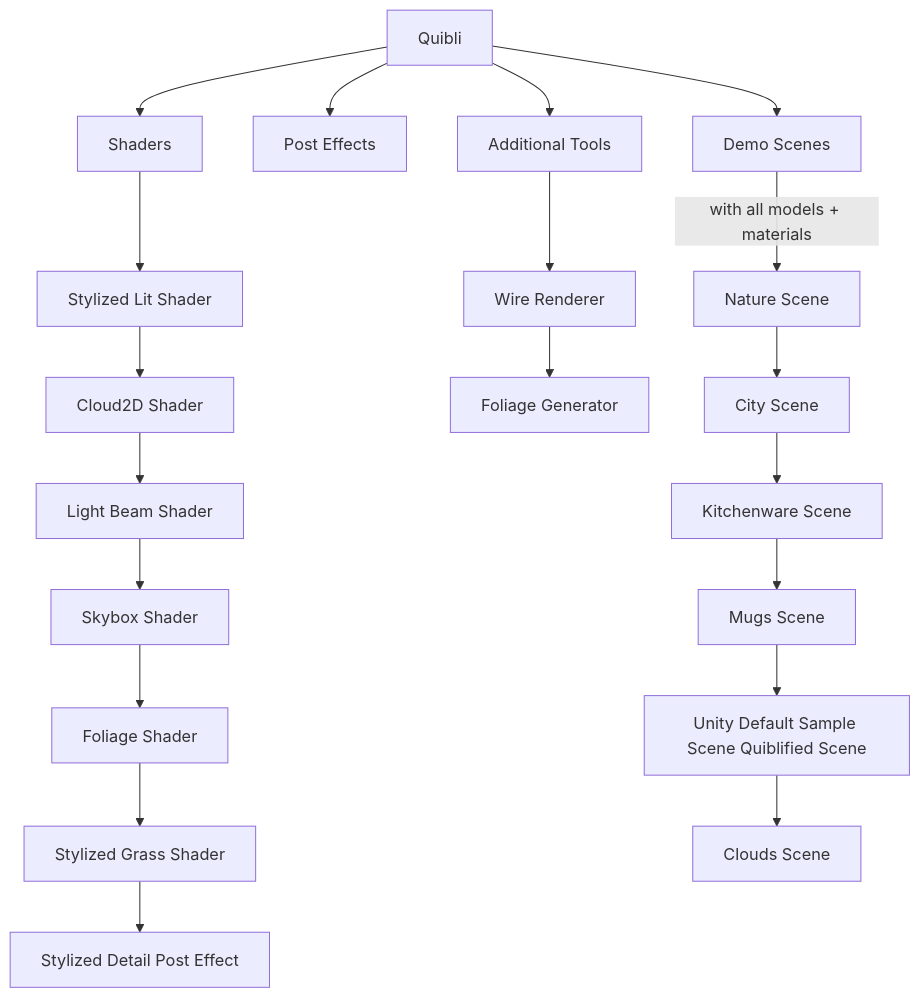
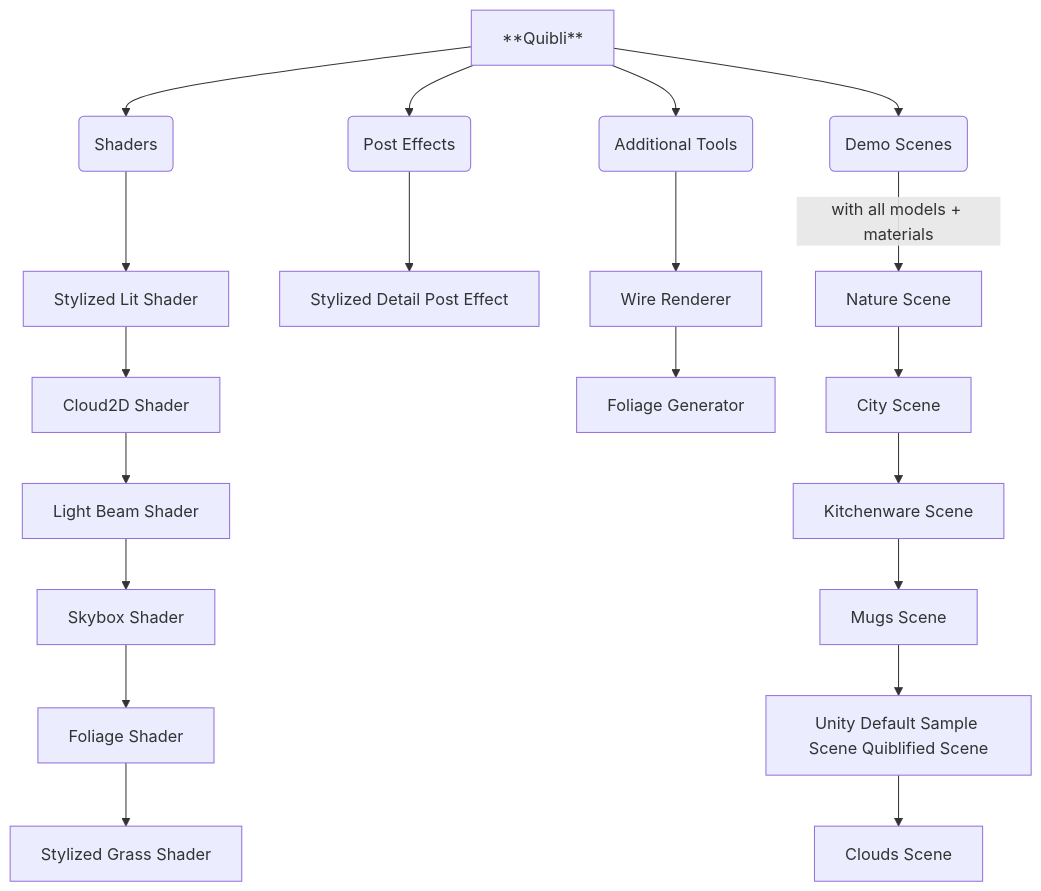
One commit to dustyroom-studio/quibli-doc changed the first of 2 diagrams in _docs/what-is-quibli-a-brief-overview.md. Above: the diagram before and after it, drawn with Mermaid.

```diff
--- a/_docs/what-is-quibli-a-brief-overview.md
+++ b/_docs/what-is-quibli-a-brief-overview.md
@@ -38,24 +38,24 @@
 <div class="mermaid">
 graph TD
-A[Quibli] --> B[Shaders]
-A --> C[Post Effects]
-A --> D[Additional Tools]
-A --> E[Demo Scenes]
+A[**Quibli**] --> B(Shaders)
+A --> C(Post Effects)
+A --> D(Additional Tools)
+A --> E(Demo Scenes)
 B --> G[Stylized Lit Shader]
 G --> H[Cloud2D Shader]
 H --> I[Light Beam Shader]
 I --> J[Skybox Shader]
 J --> K[Foliage Shader]
 K --> L[Stylized Grass Shader]
-L --> M[Stylized Detail Post Effect]
+C --> M[Stylized Detail Post Effect]
 D --> N[Wire Renderer]
 N --> O[Foliage Generator]
 E -->|with all models + materials| P[Nature Scene]
 P --> Q[City Scene]
 Q --> R[Kitchenware Scene]
 R --> S[Mugs Scene]
 S --> T[Unity Default Sample Scene Quiblified Scene]
 T --> U[Clouds Scene]
 
 
 </div>
```
